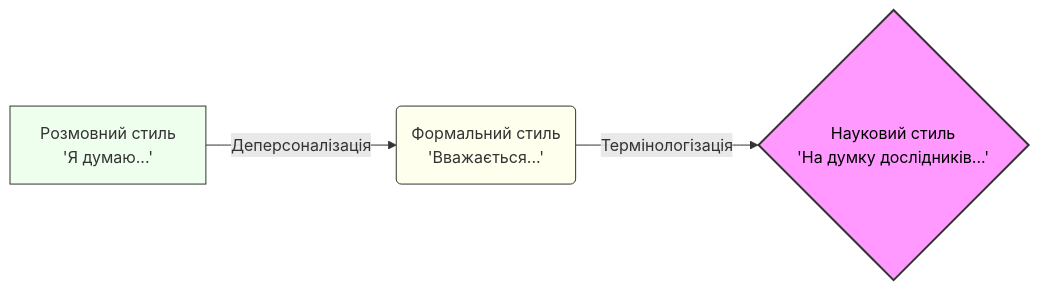
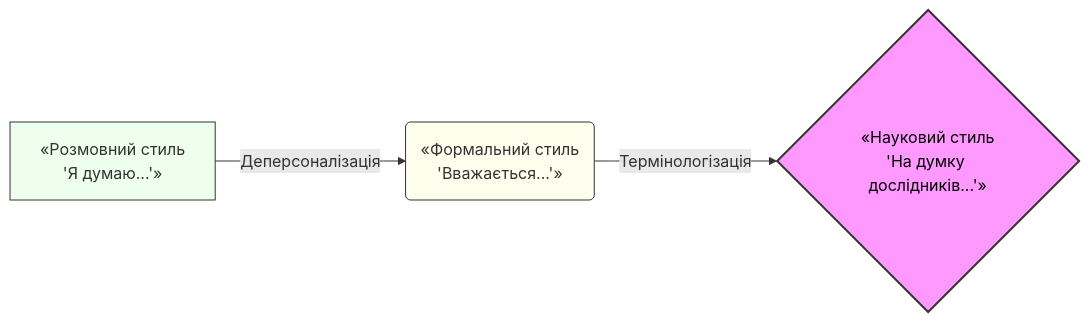
Before and after one commit to learn-ukrainian/learn-ukrainian.github.io: the first of 2 diagrams in curriculum/l2-uk-en/c1/02-academic-style-markers.md, drawn with Mermaid. The commit also changed other lines of this file and 1743 other files, not shown here.

````diff
--- a/curriculum/l2-uk-en/c1/02-academic-style-markers.md
+++ b/curriculum/l2-uk-en/c1/02-academic-style-markers.md
@@ -113,8 +113,8 @@
 ```mermaid
 graph LR
-    A["Розмовний стиль<br/>'Я думаю...'"] -->|Деперсоналізація| B("Формальний стиль<br/>'Вважається...'")
-    B -->|Термінологізація| C{"Науковий стиль<br/>'На думку дослідників...'"}
+    A[«Розмовний стиль<br/>'Я думаю...'»] -->|Деперсоналізація| B(«Формальний стиль<br/>'Вважається...'»)
+    B -->|Термінологізація| C{«Науковий стиль<br/>'На думку дослідників...'»}
     style C fill:#f9f,stroke:#333,stroke-width:2px,color:black
     style A fill:#efe,stroke:#333
     style B fill:#ffe,stroke:#333
 ```
````
